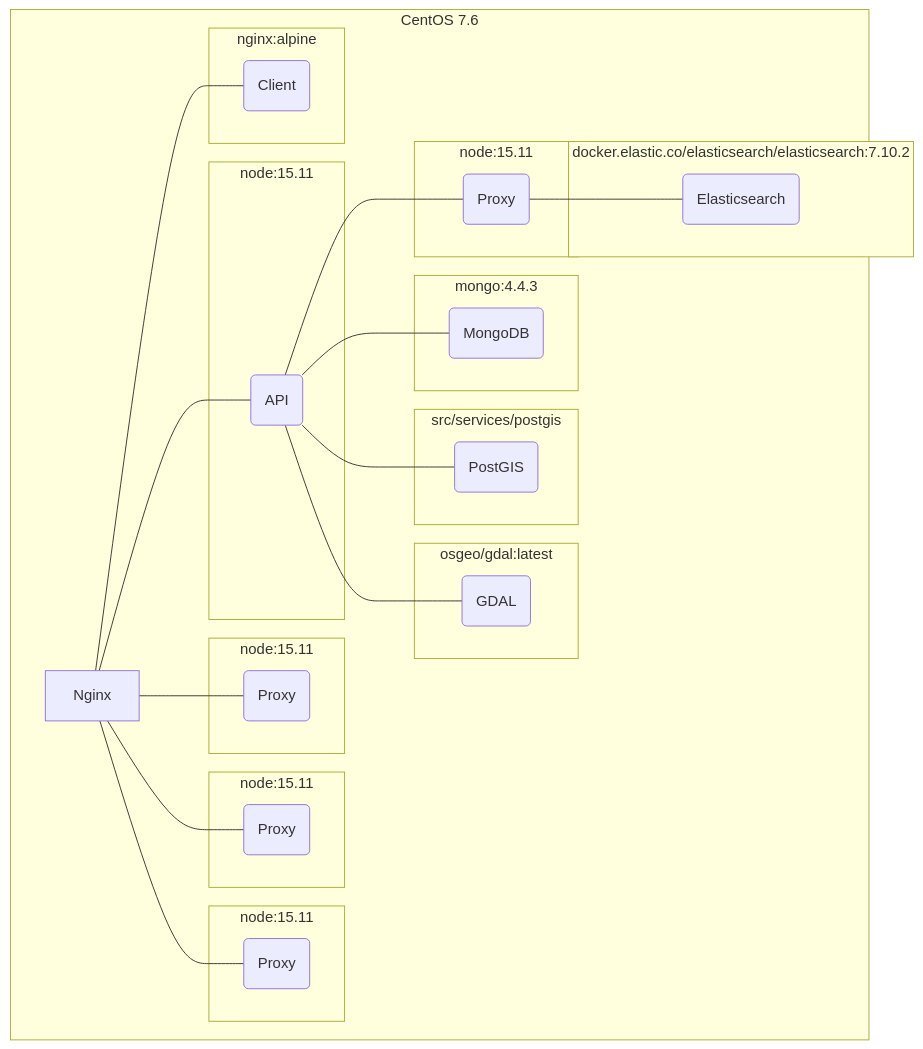
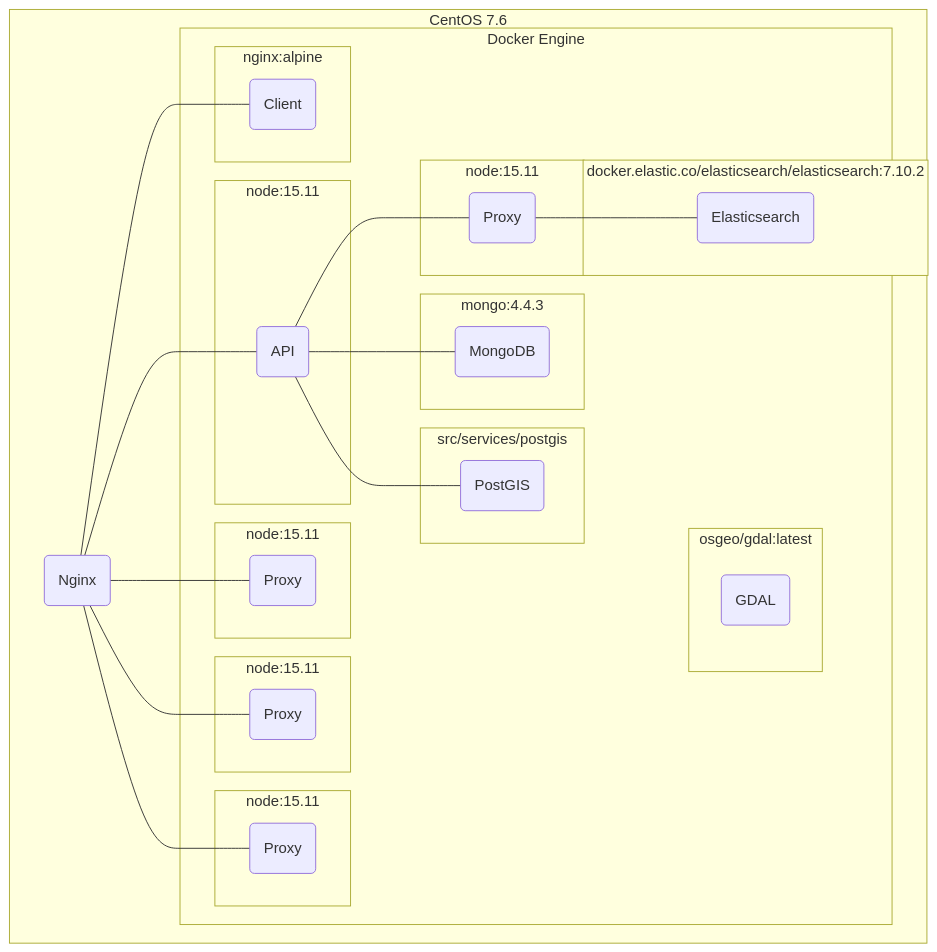
Before and after one commit to SAEON/data-portal: the diagram in diagrams/src/physical-view.mmd, drawn with Mermaid. The commit also changed other lines of this file and 1 other file, not shown here.

Commit message:
Updating diagrams

```diff
--- a/diagrams/src/physical-view.mmd
+++ b/diagrams/src/physical-view.mmd
@@ -1,50 +1,53 @@
 graph TD
 
     %% CentOS boundary
-    subgraph CentOS 7.6
+    subgraph 0 ["CentOS 7.6"]
 
-        Nginx --- Client
+        Nginx(Nginx) --- Client
         Nginx --- ClientProxy1
         Nginx --- ClientProxy2
         Nginx --- ClientProxy3
         Nginx --- API
 
-        %% Define Docker boundaries
-        subgraph 1 ["nginx:alpine"]
-            Client(Client)
+        %% Docker Engine boundary
+        subgraph Docker_boundary ["Docker Engine"]
+
+            %% Docker container boundaries
+            subgraph 1 ["nginx:alpine"]
+                Client(Client)
+            end
+            subgraph 2 ["node:15.11"]
+                API(API)
+            end
+            subgraph 3a ["node:15.11"]
+                ClientProxy1(Proxy)
+            end     
+            subgraph 3b ["node:15.11"]
+                ClientProxy2(Proxy)
+            end     
+            subgraph 3c ["node:15.11"]
+                ClientProxy3(Proxy)
+            end                     
+            subgraph 4 ["node:15.11"]
+                ApiProxy(Proxy)
+            end
+            subgraph 5 ["docker.elastic.co/elasticsearch/elasticsearch:7.10.2"]
+                Elasticsearch(Elasticsearch)
+            end     
+            subgraph 6 ["mongo:4.4.3"]
+                Mongo(MongoDB)
+            end    
+            subgraph 7 ["src/services/postgis"]
+                PostGIS(PostGIS)
+            end
+            subgraph 8 ["osgeo/gdal:latest"]
+                GDAL(GDAL)
+            end                                          
+
+            %% Topology
+            API --- ApiProxy
+            ApiProxy --- Elasticsearch
+            API --- Mongo
+            API --- PostGIS
         end
-        subgraph 2 ["node:15.11"]
-            API(API)
-        end
-        subgraph 3a ["node:15.11"]
-            ClientProxy1(Proxy)
-        end     
-        subgraph 3b ["node:15.11"]
-            ClientProxy2(Proxy)
-        end     
-        subgraph 3c ["node:15.11"]
-            ClientProxy3(Proxy)
-        end                     
-        subgraph 4 ["node:15.11"]
-            ApiProxy(Proxy)
-        end
-        subgraph 5 ["docker.elastic.co/elasticsearch/elasticsearch:7.10.2"]
-            Elasticsearch(Elasticsearch)
-        end     
-        subgraph 6 ["mongo:4.4.3"]
-            Mongo(MongoDB)
-        end    
-        subgraph 7 ["src/services/postgis"]
-            PostGIS(PostGIS)
-        end
-        subgraph 8 ["osgeo/gdal:latest"]
-            GDAL(GDAL)
-        end                                          
-
-        %% Define topology
-        API --- ApiProxy
-        ApiProxy --- Elasticsearch
-        API --- Mongo
-        API --- PostGIS
-        API --- GDAL
     end
```
